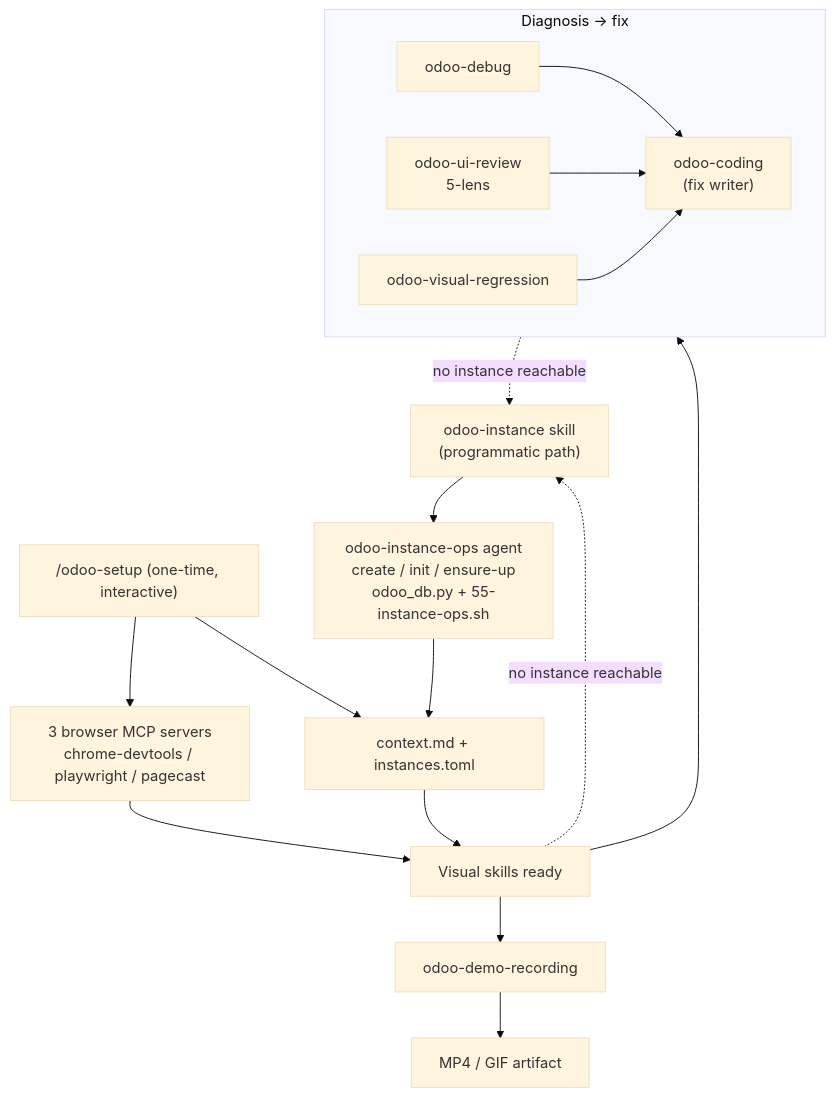
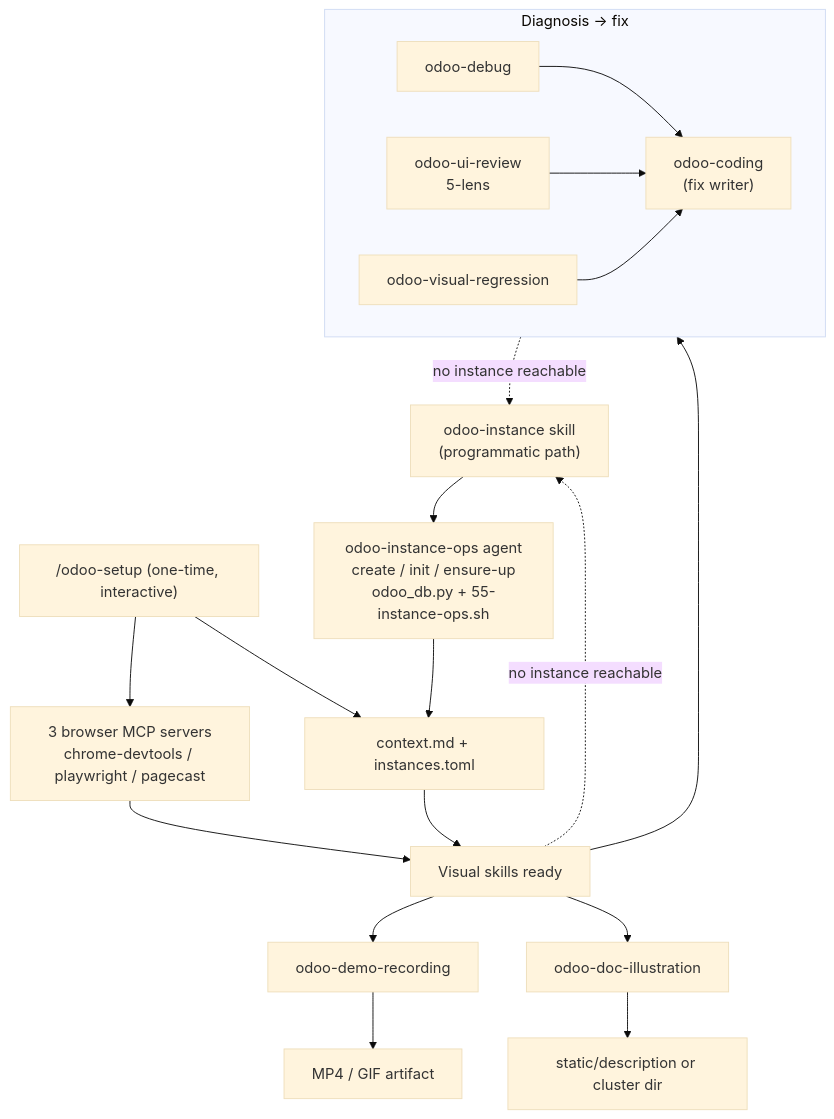
Before and after one commit to Viindoo/odoo-mcp-client: the third of 4 diagrams in plugins/odoo-ai-agents/README.md, drawn with Mermaid (base theme). The commit also changed other lines of this file and 23 other files, not shown here.

First line of the commit message:
feat(odoo-ai-agents): odoo-doc-illustrator agent + odoo-doc-illustration skill - browser-driven visual documentation (#91) [v3.20.0] (#105)

````diff
--- a/plugins/odoo-ai-agents/README.md
+++ b/plugins/odoo-ai-agents/README.md
@@ -256,26 +256,29 @@
 ```mermaid
 flowchart TD
     SETUP["/odoo-setup (one-time, interactive)"]
     SETUP --> MCPW["3 browser MCP servers<br/>chrome-devtools / playwright / pagecast"]
     SETUP --> CTX["context.md + instances.toml"]
 
     INST["odoo-instance skill<br/>(programmatic path)"]
     INST --> IOPS["odoo-instance-ops agent<br/>create / init / ensure-up<br/>odoo_db.py + 55-instance-ops.sh"]
     IOPS --> CTX
 
     MCPW --> SK["Visual skills ready"]
     CTX --> SK
 
     subgraph FIX_SKILLS["Diagnosis -> fix"]
         UID["odoo-debug"] --> FC["odoo-coding<br/>(fix writer)"]
         UIR["odoo-ui-review<br/>5-lens"] --> FC
         VR["odoo-visual-regression"] --> FC
     end
 
     SK --> FIX_SKILLS
     SK --> DR["odoo-demo-recording"]
     DR --> MEDIA["MP4 / GIF artifact"]
 
+    SK --> DOC["odoo-doc-illustration"]
+    DOC --> DOCOUT["static/description or cluster dir"]
+
     FIX_SKILLS -. "no instance reachable" .-> INST
     SK -. "no instance reachable" .-> INST
 ```
````
